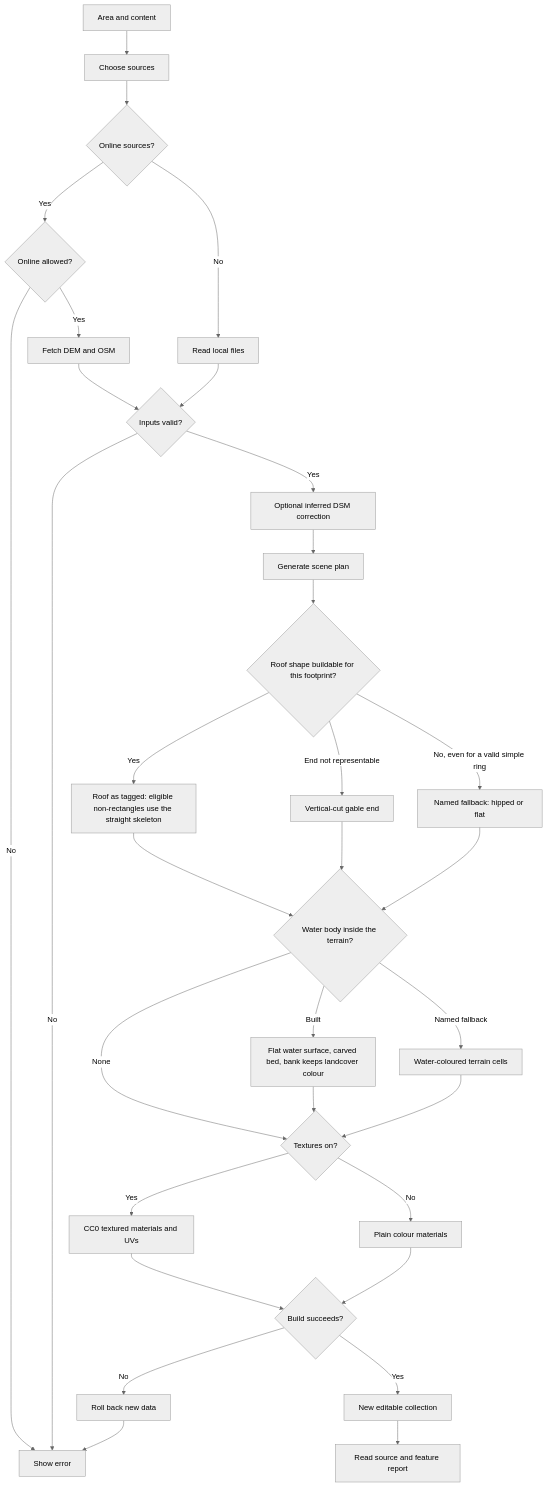
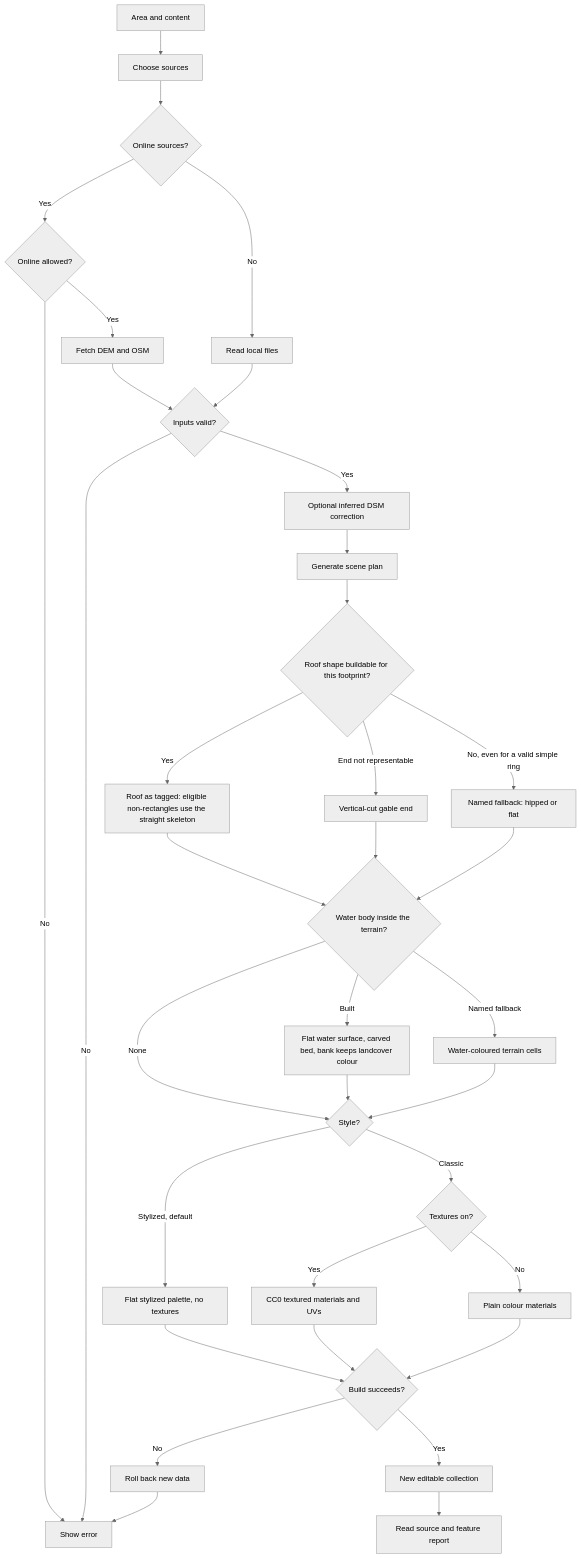
The diagram in docs/flows/generate.md (lingshf/map-builder), drawn with Mermaid (neutral theme) before and after one commit. The commit also changed other lines of this file and 29 other files, not shown here.

````diff
--- a/docs/flows/generate.md
+++ b/docs/flows/generate.md
@@ -15,34 +17,37 @@
 ```mermaid
 flowchart TD
   A[Area and content] --> B[Choose sources]
   B --> C{Online sources?}
   C -->|Yes| D{Online allowed?}
   D -->|No| E[Show error]
   D -->|Yes| F[Fetch DEM and OSM]
   C -->|No| G[Read local files]
   F --> H{Inputs valid?}
   G --> H
   H -->|No| E
   H -->|Yes| N[Optional inferred DSM correction]
   N --> I[Generate scene plan]
   I --> R{Roof shape buildable for this footprint?}
   R -->|Yes| S[Roof as tagged: eligible non-rectangles use the straight skeleton]
   R -->|End not representable| Q[Vertical-cut gable end]
   R -->|No, even for a valid simple ring| U[Named fallback: hipped or flat]
   S --> Y{Water body inside the terrain?}
   Q --> Y
   U --> Y
   Y -->|Built| Z[Flat water surface, carved bed, bank keeps landcover colour]
   Y -->|Named fallback| ZF[Water-coloured terrain cells]
-  Y -->|None| V{Textures on?}
-  Z --> V
-  ZF --> V
+  Y -->|None| ST{Style?}
+  Z --> ST
+  ZF --> ST
+  ST -->|Stylized, default| SP[Flat stylized palette, no textures]
+  ST -->|Classic| V{Textures on?}
   V -->|Yes| W[CC0 textured materials and UVs]
   V -->|No| X[Plain colour materials]
-  W --> J{Build succeeds?}
+  SP --> J{Build succeeds?}
+  W --> J
   X --> J
   J -->|No| K[Roll back new data]
   K --> E
   J -->|Yes| L[New editable collection]
   L --> M[Read source and feature report]
 ```
````
